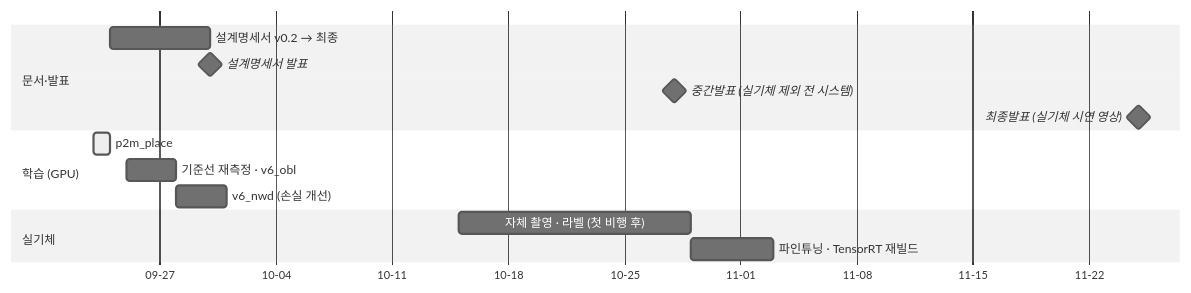
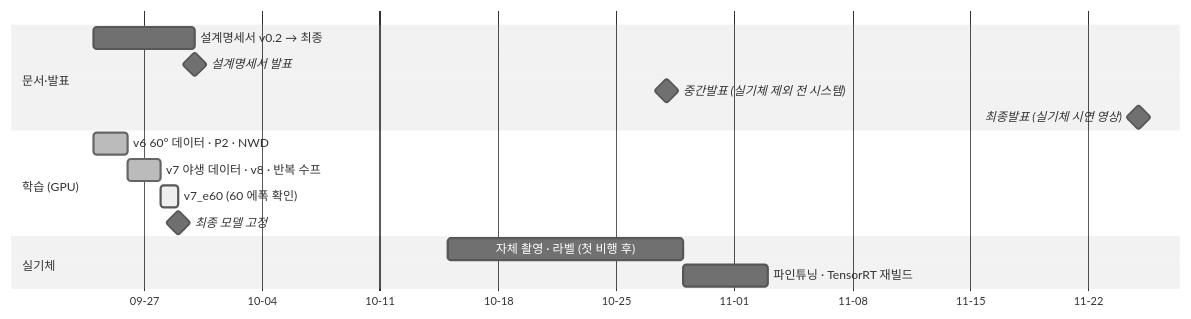
Before and after one commit to tim9985/Capstone: the second of 2 diagrams in obsidian/00 홈.md, drawn with Mermaid (neutral theme). The commit also changed other lines of this file and 24 other files, not shown here.

````diff
--- a/obsidian/00 홈.md
+++ b/obsidian/00 홈.md
@@ -52,17 +52,18 @@
 ```mermaid
 gantt
     dateFormat YYYY-MM-DD
     axisFormat %m-%d
     section 문서·발표
     설계명세서 v0.2 → 최종        :doc, 2026-09-24, 6d
     설계명세서 발표               :milestone, 2026-09-30, 0d
     중간발표 (실기체 제외 전 시스템) :milestone, 2026-10-28, 0d
     최종발표 (실기체 시연 영상)    :milestone, 2026-11-25, 0d
     section 학습 (GPU)
-    p2m_place                    :active, p2m, 2026-09-23, 1d
-    기준선 재측정 · v6_obl         :v6, 2026-09-25, 3d
-    v6_nwd (손실 개선)            :nwd, after v6, 3d
+    v6 60° 데이터 · P2 · NWD      :done, v6, 2026-09-24, 2d
+    v7 야생 데이터 · v8 · 반복 수프 :done, v7, 2026-09-26, 2d
+    v7_e60 (60 에폭 확인)          :active, e60, 2026-09-28, 1d
+    최종 모델 고정                 :milestone, 2026-09-29, 0d
     section 실기체
     자체 촬영 · 라벨 (첫 비행 후)   :own, 2026-10-15, 14d
     파인튜닝 · TensorRT 재빌드     :after own, 5d
 ```
````
